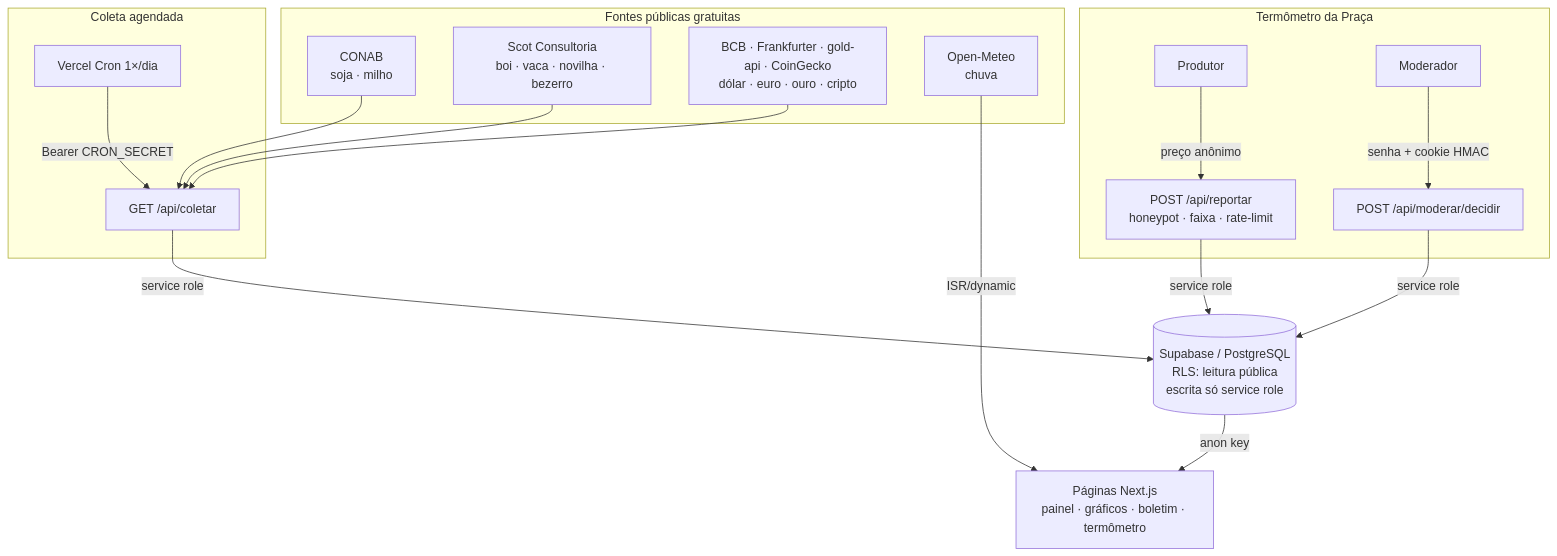
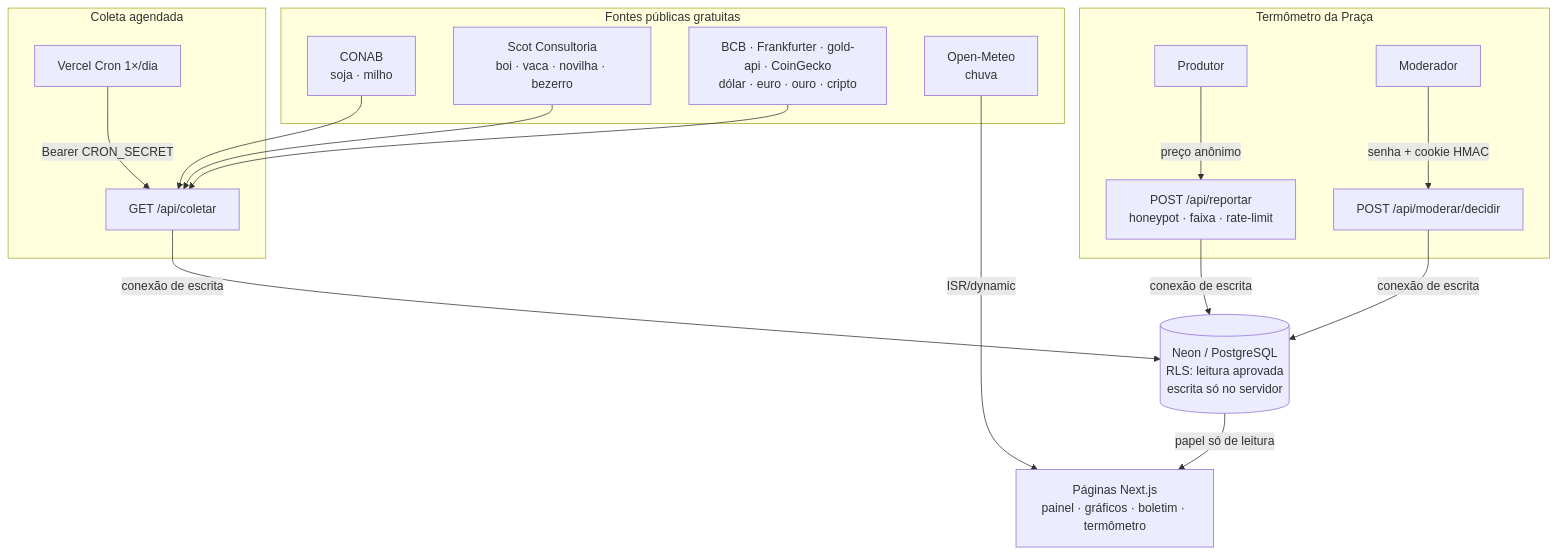
One commit to cielioqueiroz/praca-araguaia changed the first of 2 diagrams in README.md. Above: the diagram before and after it, drawn with Mermaid. The commit also changed other lines of this file and 57 other files, not shown here.

First line of the commit message:
feat(plataforma): preparar Neon e compactar boletim

````diff
--- a/README.md
+++ b/README.md
@@ -143,28 +143,28 @@
 ```mermaid
 flowchart TD
     subgraph Fontes["Fontes públicas gratuitas"]
         CONAB["CONAB<br/>soja · milho"]
         GADO["Scot Consultoria<br/>boi · vaca · novilha · bezerro"]
         CAMBIO["BCB · Frankfurter · gold-api · CoinGecko<br/>dólar · euro · ouro · cripto"]
         METEO["Open-Meteo<br/>chuva"]
     end
 
     subgraph Coleta["Coleta agendada"]
         CRON["Vercel Cron 1×/dia"] -->|Bearer CRON_SECRET| COLETAR["GET /api/coletar"]
         CONAB --> COLETAR
         GADO --> COLETAR
         CAMBIO --> COLETAR
     end
 
     subgraph Reportes["Termômetro da Praça"]
         PROD["Produtor"] -->|preço anônimo| REPORTAR["POST /api/reportar<br/>honeypot · faixa · rate-limit"]
         MOD["Moderador"] -->|senha + cookie HMAC| DECIDIR["POST /api/moderar/decidir"]
     end
 
-    COLETAR -->|service role| DB[("Supabase / PostgreSQL<br/>RLS: leitura pública<br/>escrita só service role")]
-    REPORTAR -->|service role| DB
-    DECIDIR -->|service role| DB
+    COLETAR -->|conexão de escrita| DB[("Neon / PostgreSQL<br/>RLS: leitura aprovada<br/>escrita só no servidor")]
+    REPORTAR -->|conexão de escrita| DB
+    DECIDIR -->|conexão de escrita| DB
 
-    DB -->|anon key| PAGES["Páginas Next.js<br/>painel · gráficos · boletim · termômetro"]
+    DB -->|papel só de leitura| PAGES["Páginas Next.js<br/>painel · gráficos · boletim · termômetro"]
     METEO -->|ISR/dynamic| PAGES
 ```
````
